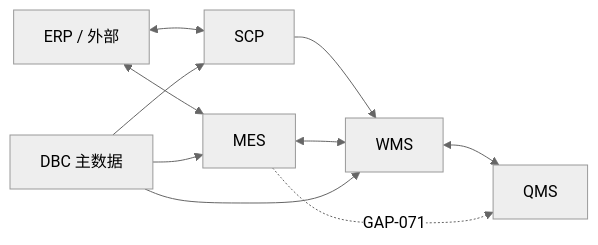
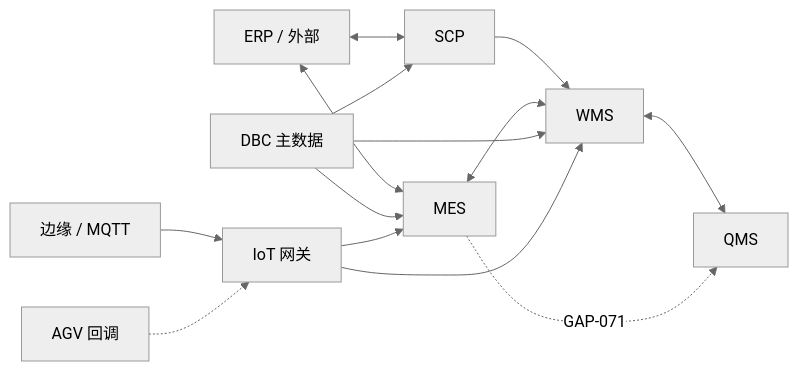
Before and after one commit to jiargcn/MomProductDocument: the diagram in docs/14-API参考/03-跨系统集成场景.md, drawn with Mermaid (neutral theme). The commit also changed other lines of this file and 15 other files, not shown here.

````diff
--- a/docs/14-API参考/03-跨系统集成场景.md
+++ b/docs/14-API参考/03-跨系统集成场景.md
@@ -8,12 +8,16 @@
 ```mermaid
 flowchart LR
     ERP["ERP / 外部"] <--> SCP["SCP"]
     ERP <--> MES["MES"]
     SCP --> WMS["WMS"]
     WMS <--> QMS["QMS"]
     MES <--> WMS
     MES -.->|GAP-071| QMS
     DBC["DBC 主数据"] --> WMS
     DBC --> MES
     DBC --> SCP
+    IOT["IoT 网关"] --> MES
+    IOT --> WMS
+    EDGE["边缘 / MQTT"] --> IOT
+    AGV["AGV 回调"] -.-> IOT
 ```
````
